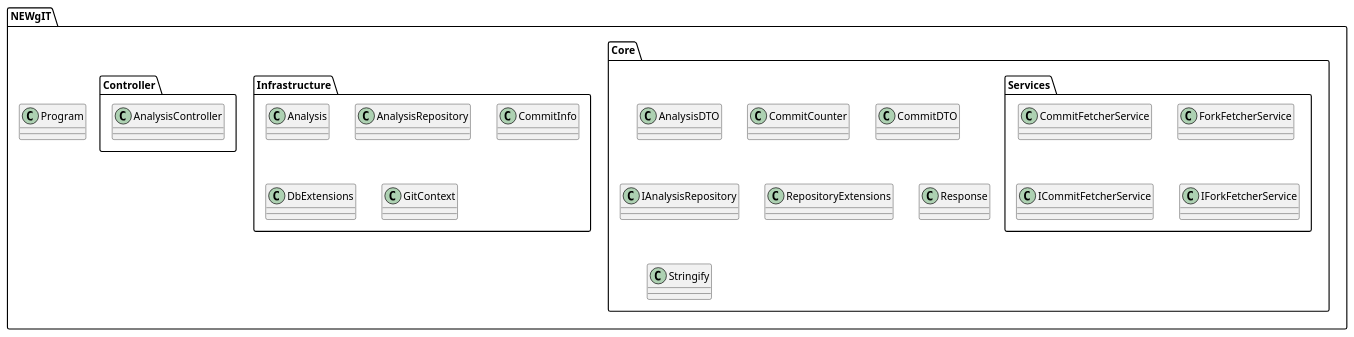
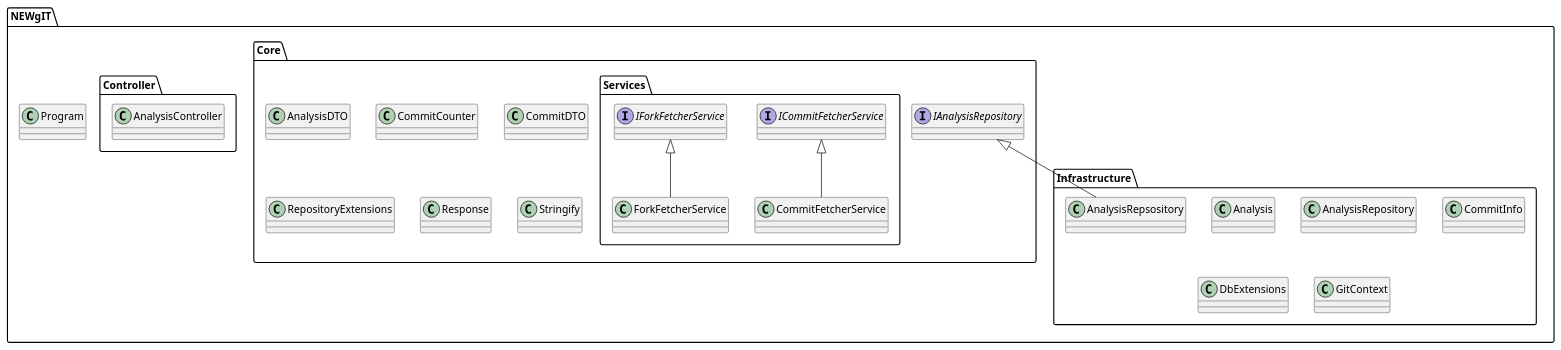
The diagram in docs/diagrams-code.md (atro-itu/bdsa-project-newgit), drawn with PlantUML before and after one commit.

Commit message:
add dependency to interfaces
iss #78

````diff
--- a/docs/diagrams-code.md
+++ b/docs/diagrams-code.md
@@ -9,36 +9,40 @@
 ```plantuml
 @startuml packageDiagram
 
 namespace NEWgIT.Core {
   namespace Services{
     class CommitFetcherService{}
     class ForkFetcherService{}
-    class ICommitFetcherService{}
-    class IForkFetcherService{}
+    interface ICommitFetcherService{}
+    interface IForkFetcherService{}
   }
   class AnalysisDTO {}
   class CommitCounter{}
   class CommitDTO{}
-  class IAnalysisRepository{}
+  interface IAnalysisRepository{}
   class RepositoryExtensions{}
   class Response{}
   class Stringify{}
 }
 
 namespace NEWgIT.Infrastructure{
   class Analysis{}
   class AnalysisRepository{}
   class CommitInfo{}
   class DbExtensions{}
   class GitContext{}
 }
 
 namespace NEWgIT{
   namespace Controller{
     class AnalysisController{}
   }
   class Program{}
 }
 
+NEWgIT.Core.IAnalysisRepository <|-- NEWgIT.Infrastructure.AnalysisRepsository
+NEWgIT.Core.Services.ICommitFetcherService <|-- NEWgIT.Core.Services.CommitFetcherService
+NEWgIT.Core.Services.IForkFetcherService <|-- NEWgIT.Core.Services.ForkFetcherService
+
 @enduml
 ```
````
